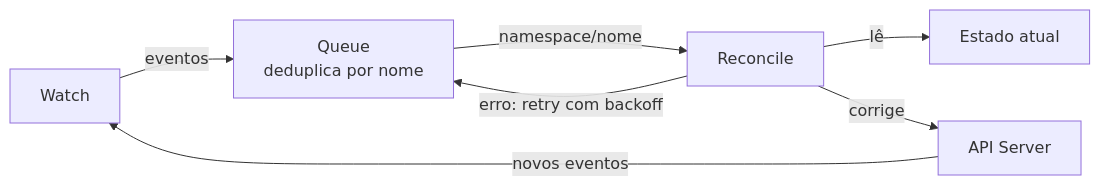
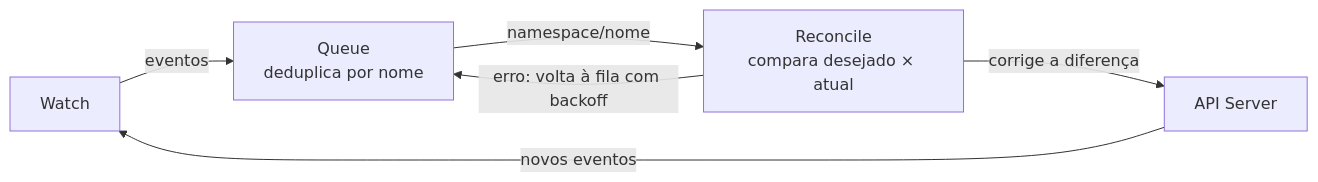
Before and after one commit to cloud104/tcloud-devops-k8s-operators-training: the second of 4 diagrams in docs/01-conceitos-basicos.md, drawn with Mermaid. The commit also changed other lines of this file and 6 other files, not shown here.

First line of the commit message:
docs: revisa material teorico, corrige APIs e melhora diagramas

````diff
--- a/docs/01-conceitos-basicos.md
+++ b/docs/01-conceitos-basicos.md
@@ -49,9 +50,8 @@
 ```mermaid
 flowchart LR
     WATCH["Watch"] -->|eventos| QUEUE["Queue<br/>deduplica por nome"]
-    QUEUE -->|namespace/nome| RECONCILE["Reconcile"]
-    RECONCILE -->|lê| STATE["Estado atual"]
-    RECONCILE -->|corrige| API["API Server"]
+    QUEUE -->|namespace/nome| RECONCILE["Reconcile<br/>compara desejado × atual"]
+    RECONCILE -->|corrige a diferença| API["API Server"]
     API -->|novos eventos| WATCH
-    RECONCILE -->|erro: retry com backoff| QUEUE
+    RECONCILE -->|erro: volta à fila com backoff| QUEUE
 ```
````
